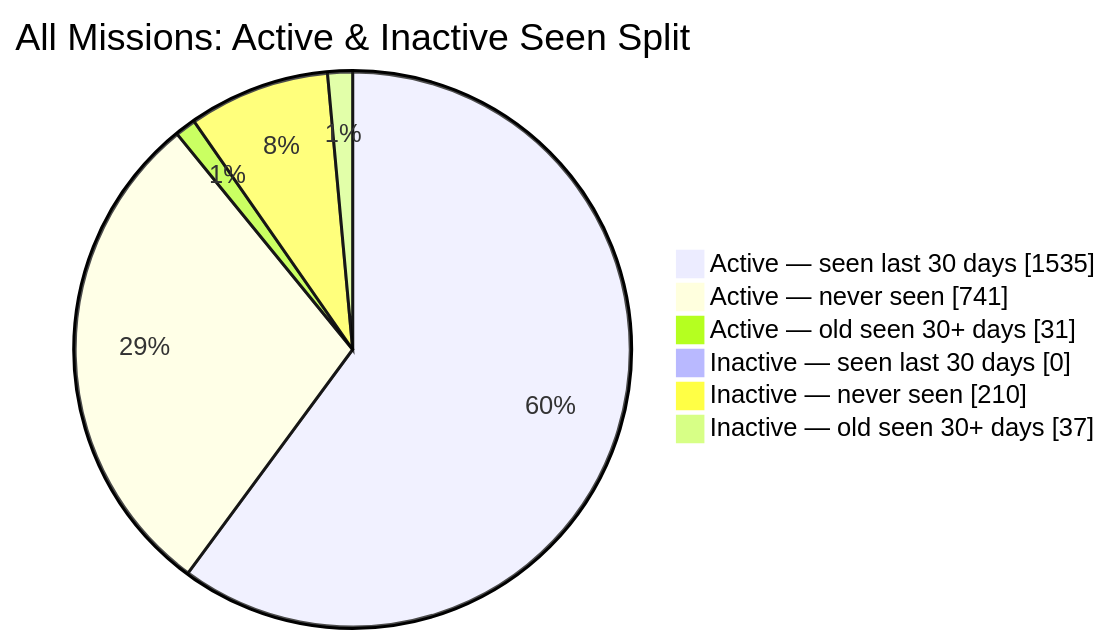
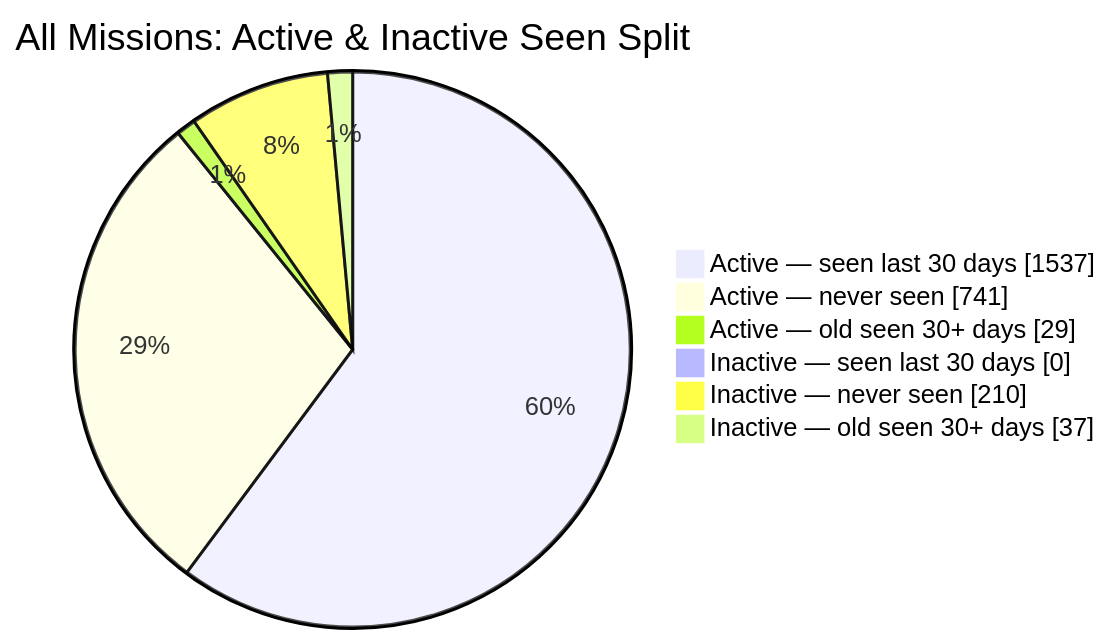
One commit to MeldkamerspelGameTeam/active-missions changed the second of 2 diagrams in README.md. Above: the diagram before and after it, drawn with Mermaid. The commit also changed other lines of this file and 3 other files, not shown here.

````diff
--- a/README.md
+++ b/README.md
@@ -44,10 +44,10 @@
 ```mermaid
 pie showData
     title All Missions: Active & Inactive Seen Split
-    "Active — seen last 30 days" : 1535
+    "Active — seen last 30 days" : 1537
     "Active — never seen" : 741
-    "Active — old seen 30+ days" : 31
+    "Active — old seen 30+ days" : 29
     "Inactive — seen last 30 days" : 0
     "Inactive — never seen" : 210
     "Inactive — old seen 30+ days" : 37
 ```
````
